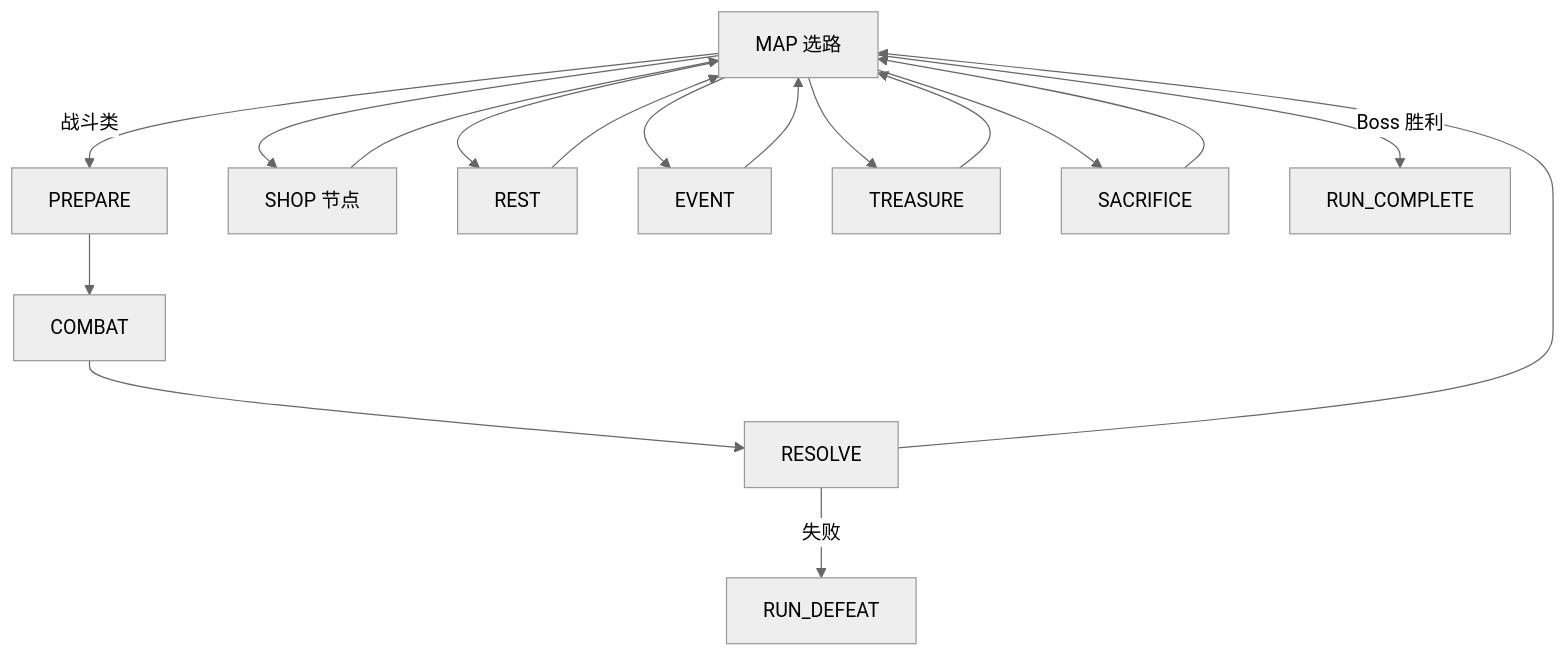
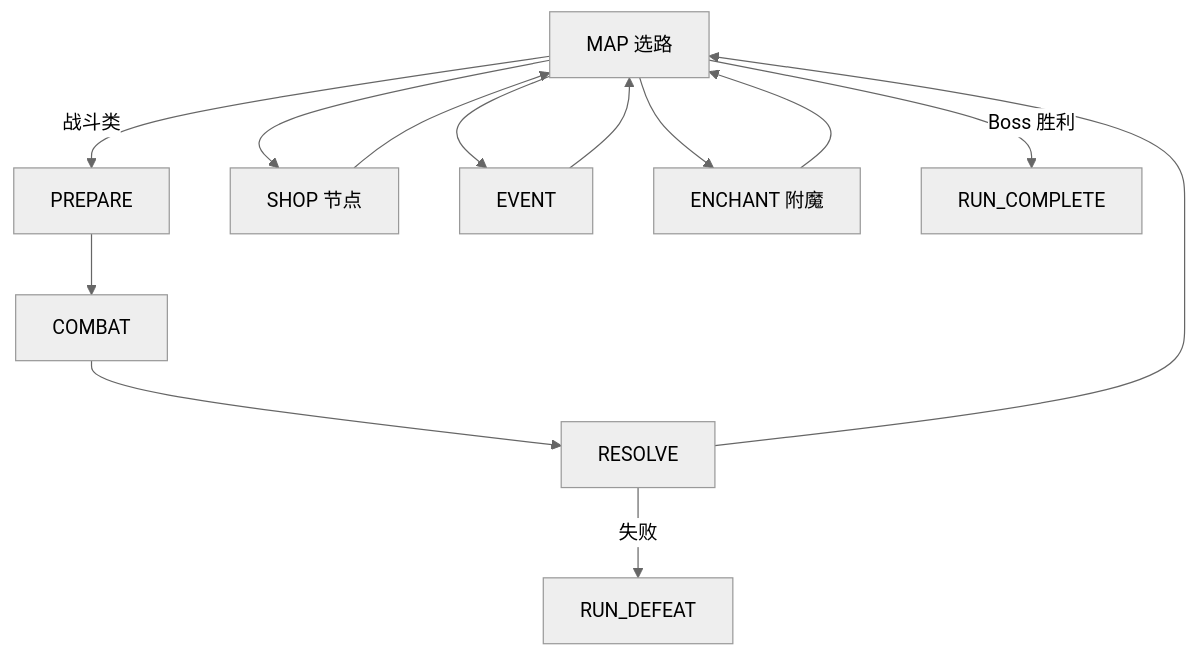
One commit to Kanerickyz/Godot-Project---Clash-royale-like-Game changed the first of 2 diagrams in Documents/GAME_VISION.md. Above: the diagram before and after it, drawn with Mermaid (neutral theme). The commit also changed other lines of this file and 4 other files, not shown here.

First line of the commit message:
docs(features): 地图、附魔与战斗 Feature 规格 (#10)

````diff
--- a/Documents/GAME_VISION.md
+++ b/Documents/GAME_VISION.md
@@ -96,11 +96,9 @@
 ```mermaid
 flowchart TD
     Map[MAP 选路] -->|战斗类| Prep[PREPARE] --> Combat[COMBAT] --> Resolve[RESOLVE] --> Map
     Map --> ShopNode[SHOP 节点] --> Map
-    Map --> Rest[REST] --> Map
     Map --> Event[EVENT] --> Map
-    Map --> Treasure[TREASURE] --> Map
-    Map --> Sacrifice[SACRIFICE] --> Map
+    Map --> Enchant[ENCHANT 附魔] --> Map
     Resolve -->|失败| RunDefeat[RUN_DEFEAT]
     Map -->|Boss 胜利| RunComplete[RUN_COMPLETE]
 ```
````
